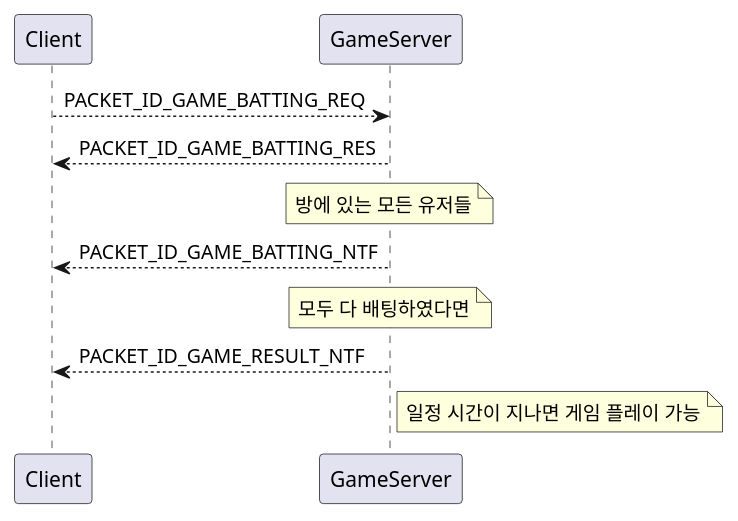
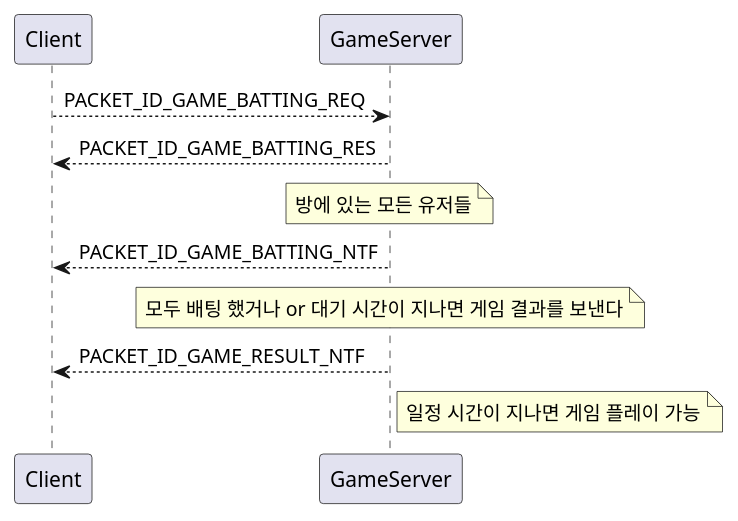
Before and after one commit to jacking75/edu_GolangSocketGameServer: the diagram in baccaratServer/docs/52_Batting.puml, drawn with PlantUML.

```diff
--- a/baccaratServer/docs/52_Batting.puml
+++ b/baccaratServer/docs/52_Batting.puml
@@ -1,12 +1,12 @@
 @startuml
 Client --> GameServer: PACKET_ID_GAME_BATTING_REQ
 
 GameServer --> Client: PACKET_ID_GAME_BATTING_RES
 
 note over GameServer: 방에 있는 모든 유저들
 GameServer --> Client: PACKET_ID_GAME_BATTING_NTF
 
-note over GameServer: 모두 다 배팅하였다면
+note over GameServer: 모두 배팅 했거나 or 대기 시간이 지나면 게임 결과를 보낸다
 GameServer --> Client: PACKET_ID_GAME_RESULT_NTF
 note right GameServer: 일정 시간이 지나면 게임 플레이 가능
 @enduml
```
